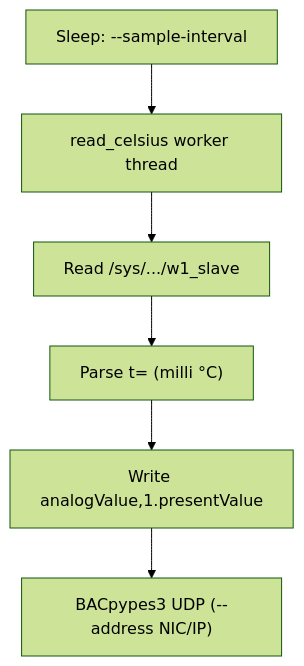
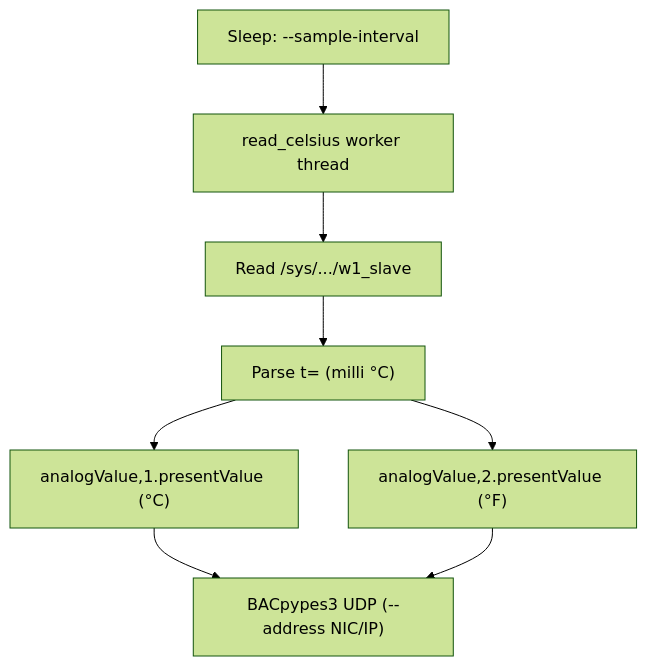
One commit to bbartling/py-bacnet-stacks-playground changed the diagram in vibe_code_apps_12/README.md. Above: the diagram before and after it, drawn with Mermaid (forest theme). The commit also changed other lines of this file and 4 other files, not shown here.

````diff
--- a/vibe_code_apps_12/README.md
+++ b/vibe_code_apps_12/README.md
@@ -79,8 +79,10 @@
 ```mermaid
 flowchart TB
     S["Sleep: --sample-interval"] --> R["read_celsius worker thread"]
     R --> W1["Read /sys/.../w1_slave"]
     W1 --> P["Parse t= (milli °C)"]
-    P --> PV["Write analogValue,1.presentValue"]
-    PV --> BV["BACpypes3 UDP (--address NIC/IP)"]
+    P --> C["analogValue,1.presentValue (°C)"]
+    P --> F["analogValue,2.presentValue (°F)"]
+    C --> BV["BACpypes3 UDP (--address NIC/IP)"]
+    F --> BV
 ```
````
